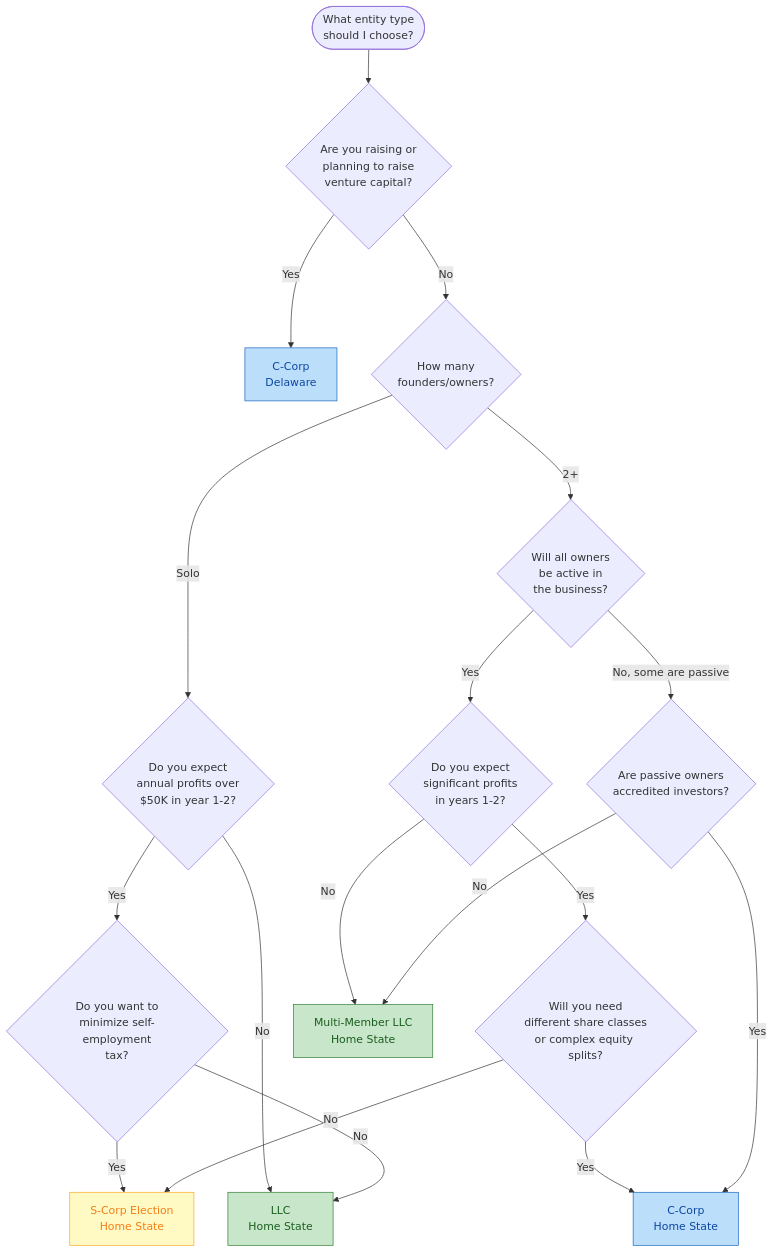
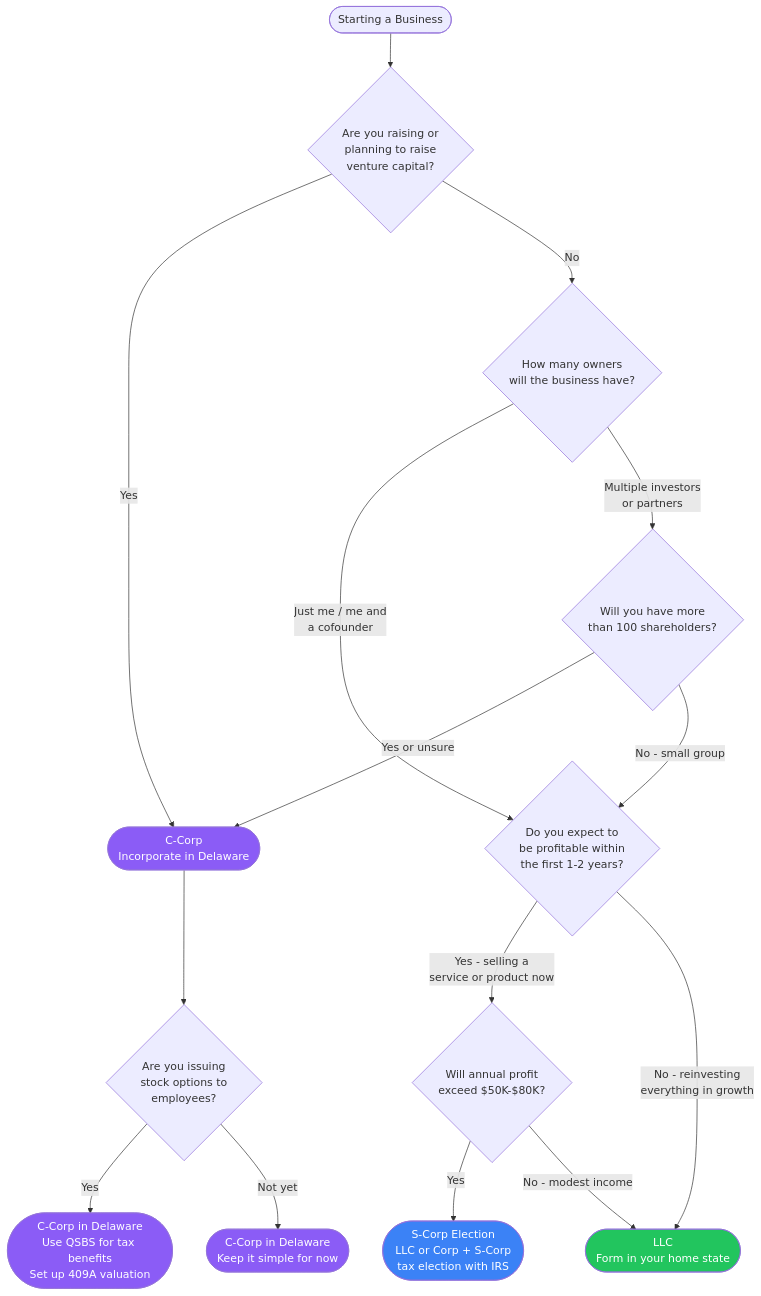
The diagram in references/decisions/entity-type.md (dougdevitre/access-to-business), drawn with Mermaid before and after one commit. The commit also changed other lines of this file and 3 other files, not shown here.

````diff
--- a/references/decisions/entity-type.md
+++ b/references/decisions/entity-type.md
@@ -7,34 +7,31 @@
 ```mermaid
-graph TD
-    START([What entity type<br/>should I choose?]) --> Q1{Are you raising or<br/>planning to raise<br/>venture capital?}
+flowchart TD
+    START([Starting a Business]) --> Q1{Are you raising or<br/>planning to raise<br/>venture capital?}
 
-    Q1 -->|Yes| CCORP_DE[C-Corp<br/>Delaware]
-    Q1 -->|No| Q2{How many<br/>founders/owners?}
+    Q1 -->|Yes| CCORP([C-Corp<br/>Incorporate in Delaware])
+    Q1 -->|No| Q2{How many owners<br/>will the business have?}
 
-    Q2 -->|Solo| Q3{Do you expect<br/>annual profits over<br/>$50K in year 1-2?}
-    Q2 -->|2+| Q4{Will all owners<br/>be active in<br/>the business?}
+    Q2 -->|Just me / me and<br/>a cofounder| Q3{Do you expect to<br/>be profitable within<br/>the first 1-2 years?}
+    Q2 -->|Multiple investors<br/>or partners| Q4{Will you have more<br/>than 100 shareholders?}
 
-    Q3 -->|Yes| Q5{Do you want to<br/>minimize self-employment<br/>tax?}
-    Q3 -->|No| LLC_HOME[LLC<br/>Home State]
+    Q3 -->|Yes - selling a<br/>service or product now| Q5{Will annual profit<br/>exceed $50K-$80K?}
+    Q3 -->|No - reinvesting<br/>everything in growth| LLC([LLC<br/>Form in your home state])
 
-    Q5 -->|Yes| SCORP[S-Corp Election<br/>Home State]
-    Q5 -->|No| LLC_HOME
+    Q4 -->|Yes or unsure| CCORP
+    Q4 -->|No - small group| Q3
 
-    Q4 -->|Yes| Q6{Do you expect<br/>significant profits<br/>in years 1-2?}
-    Q4 -->|No, some are passive| Q7{Are passive owners<br/>accredited investors?}
+    Q5 -->|Yes| SCORP([S-Corp Election<br/>LLC or Corp + S-Corp<br/>tax election with IRS])
+    Q5 -->|No - modest income| LLC
 
-    Q6 -->|Yes| Q8{Will you need<br/>different share classes<br/>or complex equity splits?}
-    Q6 -->|No| LLC_MULTI[Multi-Member LLC<br/>Home State]
+    Q6{Are you issuing<br/>stock options to<br/>employees?}
+    CCORP --> Q6
 
-    Q8 -->|Yes| CCORP_HOME[C-Corp<br/>Home State]
-    Q8 -->|No| SCORP
+    Q6 -->|Yes| CCORP_NOTE([C-Corp in Delaware<br/>Use QSBS for tax benefits<br/>Set up 409A valuation])
+    Q6 -->|Not yet| CCORP_SIMPLE([C-Corp in Delaware<br/>Keep it simple for now])
 
-    Q7 -->|Yes| CCORP_HOME
-    Q7 -->|No| LLC_MULTI
-
-    style CCORP_DE fill:#bbdefb,stroke:#1565c0,color:#0d47a1
-    style CCORP_HOME fill:#bbdefb,stroke:#1565c0,color:#0d47a1
-    style LLC_HOME fill:#c8e6c9,stroke:#2e7d32,color:#1b5e20
-    style LLC_MULTI fill:#c8e6c9,stroke:#2e7d32,color:#1b5e20
-    style SCORP fill:#fff9c4,stroke:#f9a825,color:#f57f17
+    style CCORP fill:#8b5cf6,color:#fff
+    style CCORP_NOTE fill:#8b5cf6,color:#fff
+    style CCORP_SIMPLE fill:#8b5cf6,color:#fff
+    style LLC fill:#22c55e,color:#fff
+    style SCORP fill:#3b82f6,color:#fff
 ```
````
